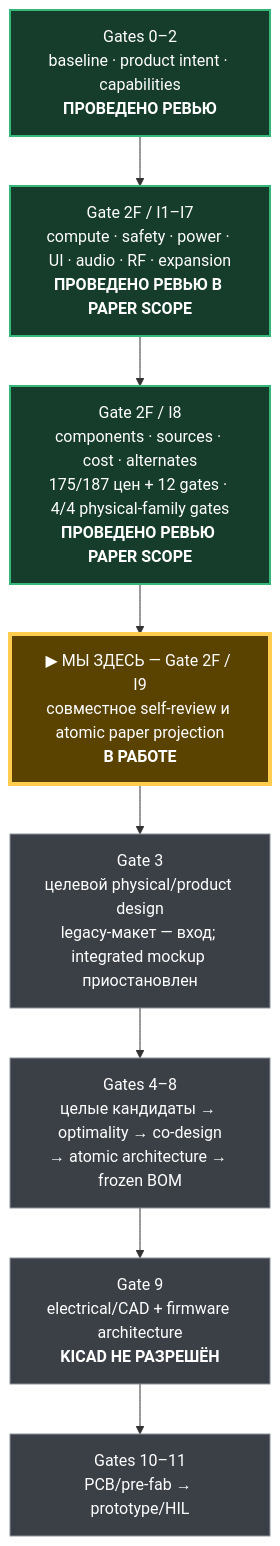
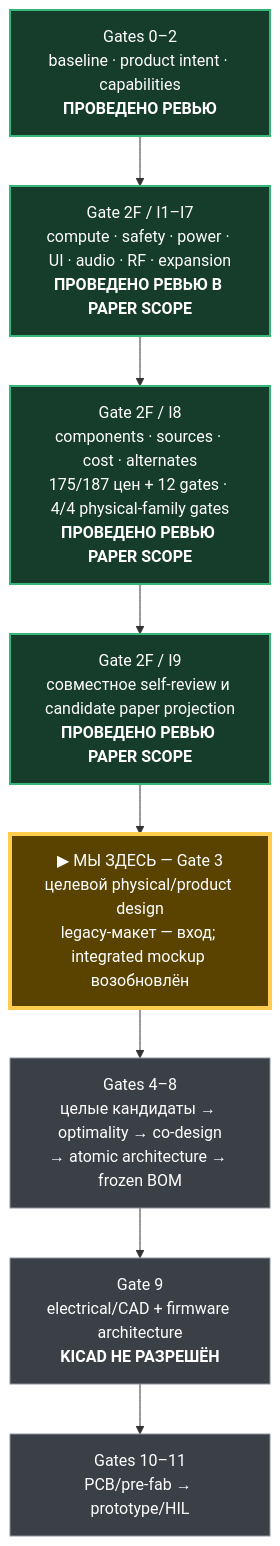
The diagram in docs/review/stages.md (anton-vinogradov/esp32-leshy2), drawn with Mermaid before and after one commit. The commit also changed other lines of this file and 18 other files, not shown here.

Commit message:
docs: complete I9 joint candidate review

````diff
--- a/docs/review/stages.md
+++ b/docs/review/stages.md
@@ -17,20 +17,20 @@
 ```mermaid
 flowchart TD
   G02["Gates 0–2<br/>baseline · product intent · capabilities<br/><b>ПРОВЕДЕНО РЕВЬЮ</b>"]
   I17["Gate 2F / I1–I7<br/>compute · safety · power · UI · audio · RF · expansion<br/><b>ПРОВЕДЕНО РЕВЬЮ В PAPER SCOPE</b>"]
   I8["Gate 2F / I8<br/>components · sources · cost · alternates<br/>175/187 цен + 12 gates · 4/4 physical-family gates<br/><b>ПРОВЕДЕНО РЕВЬЮ PAPER SCOPE</b>"]
-  I9["▶ МЫ ЗДЕСЬ — Gate 2F / I9<br/>совместное self-review и atomic paper projection<br/><b>В РАБОТЕ</b>"]
-  G3["Gate 3<br/>целевой physical/product design<br/>legacy-макет — вход; integrated mockup приостановлен"]
+  I9["Gate 2F / I9<br/>совместное self-review и candidate paper projection<br/><b>ПРОВЕДЕНО РЕВЬЮ PAPER SCOPE</b>"]
+  G3["▶ МЫ ЗДЕСЬ — Gate 3<br/>целевой physical/product design<br/>legacy-макет — вход; integrated mockup возобновлён"]
   G48["Gates 4–8<br/>целые кандидаты → optimality → co-design<br/>→ atomic architecture → frozen BOM"]
   G9["Gate 9<br/>electrical/CAD + firmware architecture<br/><b>KICAD НЕ РАЗРЕШЁН</b>"]
   G1011["Gates 10–11<br/>PCB/pre-fab → prototype/HIL"]
 
   G02 --> I17 --> I8 --> I9 --> G3 --> G48 --> G9 --> G1011
 
   classDef reviewed fill:#163d2b,stroke:#35b779,color:#ffffff,stroke-width:2px;
   classDef current fill:#5a4300,stroke:#ffcc4d,color:#ffffff,stroke-width:4px;
   classDef blocked fill:#3b3f46,stroke:#8b949e,color:#ffffff,stroke-width:1px;
-  class G02,I17,I8 reviewed;
-  class I9 current;
-  class G3,G48,G9,G1011 blocked;
+  class G02,I17,I8,I9 reviewed;
+  class G3 current;
+  class G48,G9,G1011 blocked;
 ```
````
